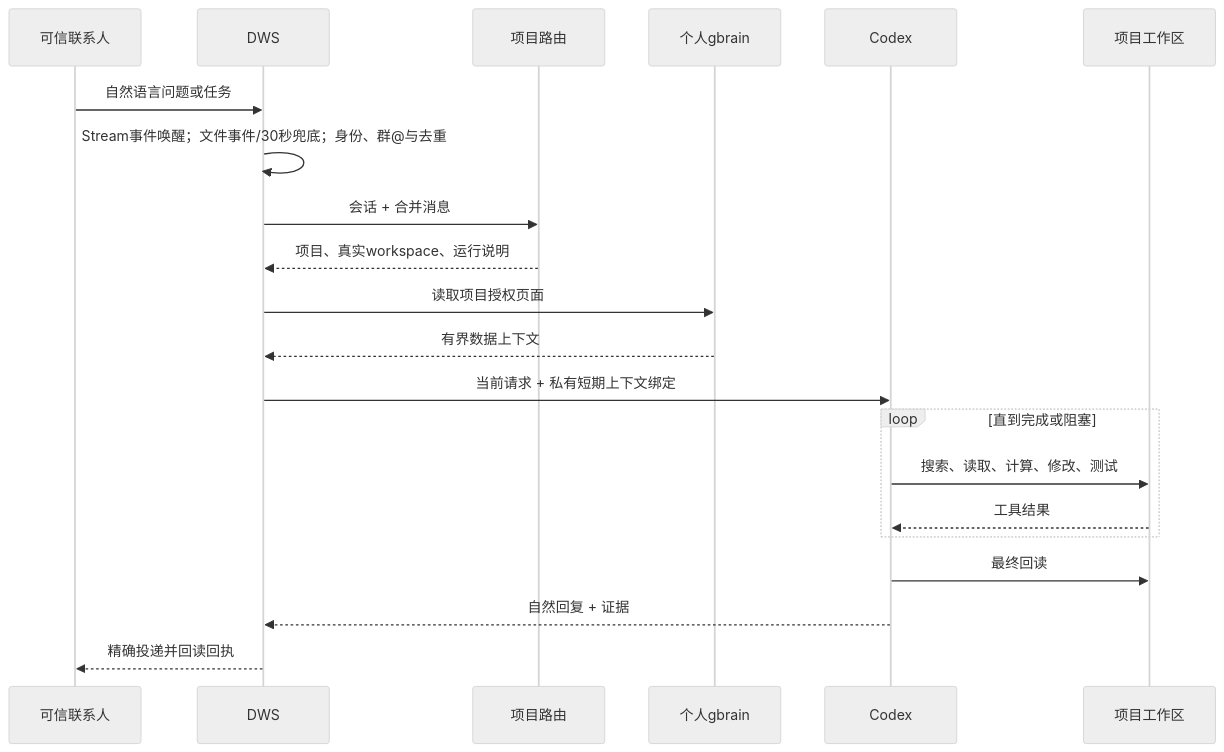
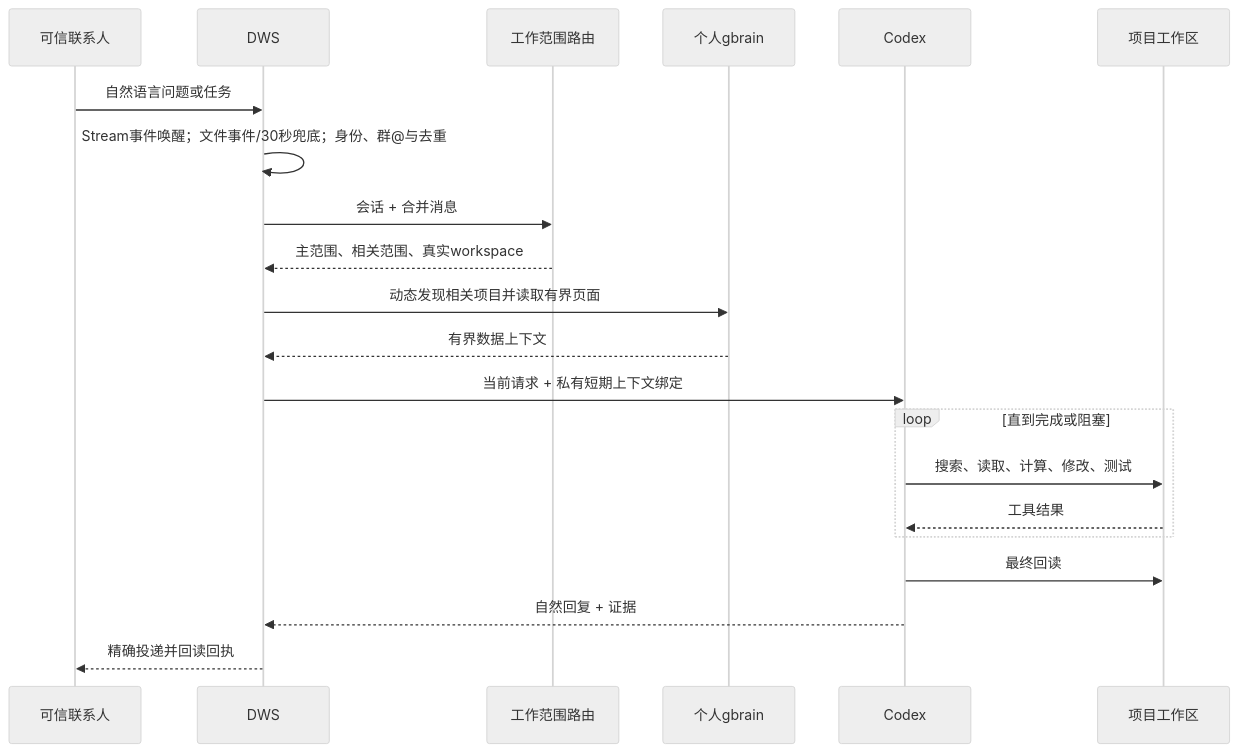
Before and after one commit to ruiwang20010702/foursday: the second of 3 diagrams in docs/产品需求文档.md, drawn with Mermaid (neutral theme). The commit also changed other lines of this file and 55 other files, not shown here.

````diff
--- a/docs/产品需求文档.md
+++ b/docs/产品需求文档.md
@@ -174,24 +179,24 @@
 ```mermaid
 sequenceDiagram
     participant U as 可信联系人
     participant D as DWS
-    participant R as 项目路由
+    participant R as 工作范围路由
     participant G as 个人gbrain
     participant X as Codex
     participant W as 项目工作区
 
     U->>D: 自然语言问题或任务
     D->>D: Stream事件唤醒；文件事件/30秒兜底；身份、群@与去重
     D->>R: 会话 + 合并消息
-    R-->>D: 项目、真实workspace、运行说明
-    D->>G: 读取项目授权页面
+    R-->>D: 主范围、相关范围、真实workspace
+    D->>G: 动态发现相关项目并读取有界页面
     G-->>D: 有界数据上下文
     D->>X: 当前请求 + 私有短期上下文绑定
     loop 直到完成或阻塞
         X->>W: 搜索、读取、计算、修改、测试
         W-->>X: 工具结果
     end
     X->>W: 最终回读
     X-->>D: 自然回复 + 证据
     D-->>U: 精确投递并回读回执
 ```
````
